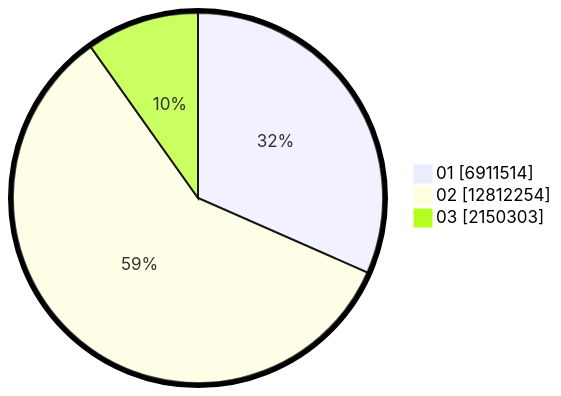
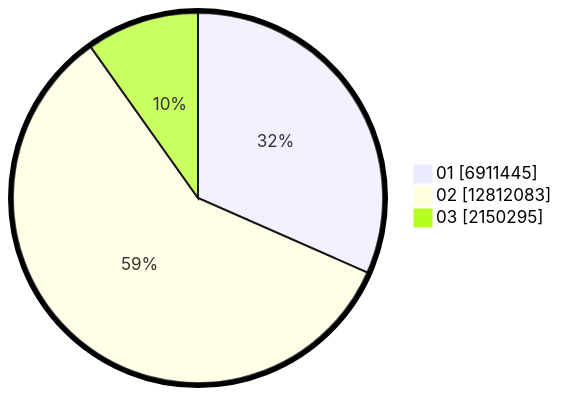
The second of 2 diagrams in pilpres/hitung-suara/sub/table-wilayah-32.md (gigit-pemilu/pemilu-2024), drawn with Mermaid before and after one commit. The commit also changed other lines of this file and 10 other files, not shown here.

````diff
--- a/pilpres/hitung-suara/sub/table-wilayah-32.md
+++ b/pilpres/hitung-suara/sub/table-wilayah-32.md
@@ -15,7 +15,7 @@
 ```mermaid
 %%{init: {"pie": {"textPosition": 0.5}, "themeVariables": {"pieOuterStrokeWidth": "5px"}} }%%
 pie showData
-    "01" : 6911514
-    "02" : 12812254
-    "03" : 2150303
+    "01" : 6911445
+    "02" : 12812083
+    "03" : 2150295
 ```
````
